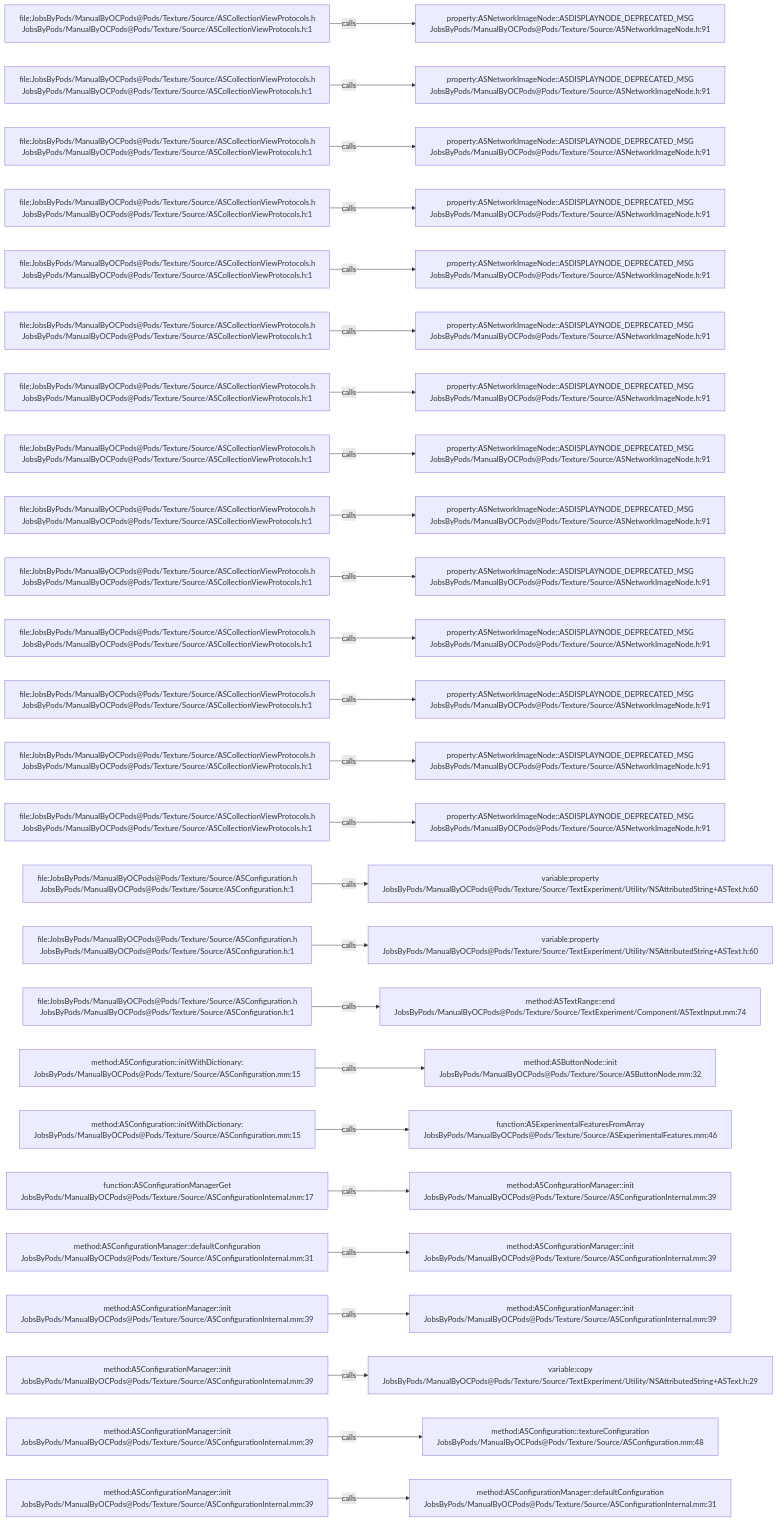
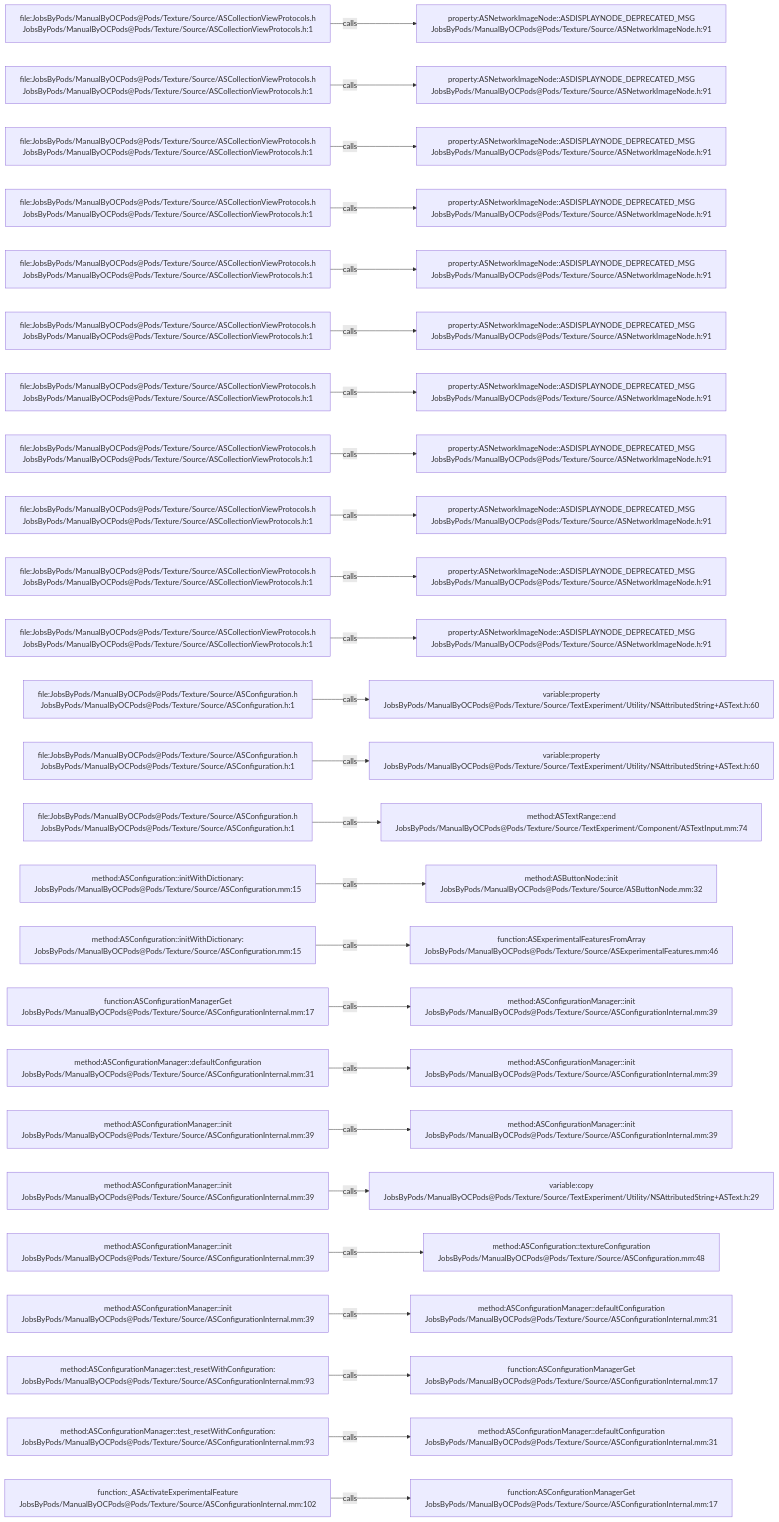
Before and after one commit to JobsKits/JobsOCBaseConfigDemo: the diagram in .codegraph/codegraph.md/graphs/calls-087.md, drawn with Mermaid. The commit also changed 342 other files, not shown here.

````diff
--- a/.codegraph/codegraph.md/graphs/calls-087.md
+++ b/.codegraph/codegraph.md/graphs/calls-087.md
@@ -13,78 +13,78 @@
 ```mermaid
 flowchart LR
   S1["file:JobsByPods/ManualByOCPods@Pods/Texture/Source/ASCollectionViewProtocols.h<br/>JobsByPods/ManualByOCPods@Pods/Texture/Source/ASCollectionViewProtocols.h:1"]
   T1["property:ASNetworkImageNode::ASDISPLAYNODE_DEPRECATED_MSG<br/>JobsByPods/ManualByOCPods@Pods/Texture/Source/ASNetworkImageNode.h:91"]
   S1 -->|calls| T1
   S2["file:JobsByPods/ManualByOCPods@Pods/Texture/Source/ASCollectionViewProtocols.h<br/>JobsByPods/ManualByOCPods@Pods/Texture/Source/ASCollectionViewProtocols.h:1"]
   T2["property:ASNetworkImageNode::ASDISPLAYNODE_DEPRECATED_MSG<br/>JobsByPods/ManualByOCPods@Pods/Texture/Source/ASNetworkImageNode.h:91"]
   S2 -->|calls| T2
   S3["file:JobsByPods/ManualByOCPods@Pods/Texture/Source/ASCollectionViewProtocols.h<br/>JobsByPods/ManualByOCPods@Pods/Texture/Source/ASCollectionViewProtocols.h:1"]
   T3["property:ASNetworkImageNode::ASDISPLAYNODE_DEPRECATED_MSG<br/>JobsByPods/ManualByOCPods@Pods/Texture/Source/ASNetworkImageNode.h:91"]
   S3 -->|calls| T3
   S4["file:JobsByPods/ManualByOCPods@Pods/Texture/Source/ASCollectionViewProtocols.h<br/>JobsByPods/ManualByOCPods@Pods/Texture/Source/ASCollectionViewProtocols.h:1"]
   T4["property:ASNetworkImageNode::ASDISPLAYNODE_DEPRECATED_MSG<br/>JobsByPods/ManualByOCPods@Pods/Texture/Source/ASNetworkImageNode.h:91"]
   S4 -->|calls| T4
   S5["file:JobsByPods/ManualByOCPods@Pods/Texture/Source/ASCollectionViewProtocols.h<br/>JobsByPods/ManualByOCPods@Pods/Texture/Source/ASCollectionViewProtocols.h:1"]
   T5["property:ASNetworkImageNode::ASDISPLAYNODE_DEPRECATED_MSG<br/>JobsByPods/ManualByOCPods@Pods/Texture/Source/ASNetworkImageNode.h:91"]
   S5 -->|calls| T5
   S6["file:JobsByPods/ManualByOCPods@Pods/Texture/Source/ASCollectionViewProtocols.h<br/>JobsByPods/ManualByOCPods@Pods/Texture/Source/ASCollectionViewProtocols.h:1"]
   T6["property:ASNetworkImageNode::ASDISPLAYNODE_DEPRECATED_MSG<br/>JobsByPods/ManualByOCPods@Pods/Texture/Source/ASNetworkImageNode.h:91"]
   S6 -->|calls| T6
   S7["file:JobsByPods/ManualByOCPods@Pods/Texture/Source/ASCollectionViewProtocols.h<br/>JobsByPods/ManualByOCPods@Pods/Texture/Source/ASCollectionViewProtocols.h:1"]
   T7["property:ASNetworkImageNode::ASDISPLAYNODE_DEPRECATED_MSG<br/>JobsByPods/ManualByOCPods@Pods/Texture/Source/ASNetworkImageNode.h:91"]
   S7 -->|calls| T7
   S8["file:JobsByPods/ManualByOCPods@Pods/Texture/Source/ASCollectionViewProtocols.h<br/>JobsByPods/ManualByOCPods@Pods/Texture/Source/ASCollectionViewProtocols.h:1"]
   T8["property:ASNetworkImageNode::ASDISPLAYNODE_DEPRECATED_MSG<br/>JobsByPods/ManualByOCPods@Pods/Texture/Source/ASNetworkImageNode.h:91"]
   S8 -->|calls| T8
   S9["file:JobsByPods/ManualByOCPods@Pods/Texture/Source/ASCollectionViewProtocols.h<br/>JobsByPods/ManualByOCPods@Pods/Texture/Source/ASCollectionViewProtocols.h:1"]
   T9["property:ASNetworkImageNode::ASDISPLAYNODE_DEPRECATED_MSG<br/>JobsByPods/ManualByOCPods@Pods/Texture/Source/ASNetworkImageNode.h:91"]
   S9 -->|calls| T9
   S10["file:JobsByPods/ManualByOCPods@Pods/Texture/Source/ASCollectionViewProtocols.h<br/>JobsByPods/ManualByOCPods@Pods/Texture/Source/ASCollectionViewProtocols.h:1"]
   T10["property:ASNetworkImageNode::ASDISPLAYNODE_DEPRECATED_MSG<br/>JobsByPods/ManualByOCPods@Pods/Texture/Source/ASNetworkImageNode.h:91"]
   S10 -->|calls| T10
   S11["file:JobsByPods/ManualByOCPods@Pods/Texture/Source/ASCollectionViewProtocols.h<br/>JobsByPods/ManualByOCPods@Pods/Texture/Source/ASCollectionViewProtocols.h:1"]
   T11["property:ASNetworkImageNode::ASDISPLAYNODE_DEPRECATED_MSG<br/>JobsByPods/ManualByOCPods@Pods/Texture/Source/ASNetworkImageNode.h:91"]
   S11 -->|calls| T11
-  S12["file:JobsByPods/ManualByOCPods@Pods/Texture/Source/ASCollectionViewProtocols.h<br/>JobsByPods/ManualByOCPods@Pods/Texture/Source/ASCollectionViewProtocols.h:1"]
-  T12["property:ASNetworkImageNode::ASDISPLAYNODE_DEPRECATED_MSG<br/>JobsByPods/ManualByOCPods@Pods/Texture/Source/ASNetworkImageNode.h:91"]
+  S12["file:JobsByPods/ManualByOCPods@Pods/Texture/Source/ASConfiguration.h<br/>JobsByPods/ManualByOCPods@Pods/Texture/Source/ASConfiguration.h:1"]
+  T12["variable:property<br/>JobsByPods/ManualByOCPods@Pods/Texture/Source/TextExperiment/Utility/NSAttributedString+ASText.h:60"]
   S12 -->|calls| T12
-  S13["file:JobsByPods/ManualByOCPods@Pods/Texture/Source/ASCollectionViewProtocols.h<br/>JobsByPods/ManualByOCPods@Pods/Texture/Source/ASCollectionViewProtocols.h:1"]
-  T13["property:ASNetworkImageNode::ASDISPLAYNODE_DEPRECATED_MSG<br/>JobsByPods/ManualByOCPods@Pods/Texture/Source/ASNetworkImageNode.h:91"]
+  S13["file:JobsByPods/ManualByOCPods@Pods/Texture/Source/ASConfiguration.h<br/>JobsByPods/ManualByOCPods@Pods/Texture/Source/ASConfiguration.h:1"]
+  T13["variable:property<br/>JobsByPods/ManualByOCPods@Pods/Texture/Source/TextExperiment/Utility/NSAttributedString+ASText.h:60"]
   S13 -->|calls| T13
-  S14["file:JobsByPods/ManualByOCPods@Pods/Texture/Source/ASCollectionViewProtocols.h<br/>JobsByPods/ManualByOCPods@Pods/Texture/Source/ASCollectionViewProtocols.h:1"]
-  T14["property:ASNetworkImageNode::ASDISPLAYNODE_DEPRECATED_MSG<br/>JobsByPods/ManualByOCPods@Pods/Texture/Source/ASNetworkImageNode.h:91"]
+  S14["file:JobsByPods/ManualByOCPods@Pods/Texture/Source/ASConfiguration.h<br/>JobsByPods/ManualByOCPods@Pods/Texture/Source/ASConfiguration.h:1"]
+  T14["method:ASTextRange::end<br/>JobsByPods/ManualByOCPods@Pods/Texture/Source/TextExperiment/Component/ASTextInput.mm:74"]
   S14 -->|calls| T14
-  S15["file:JobsByPods/ManualByOCPods@Pods/Texture/Source/ASConfiguration.h<br/>JobsByPods/ManualByOCPods@Pods/Texture/Source/ASConfiguration.h:1"]
-  T15["variable:property<br/>JobsByPods/ManualByOCPods@Pods/Texture/Source/TextExperiment/Utility/NSAttributedString+ASText.h:60"]
+  S15["method:ASConfiguration::initWithDictionary:<br/>JobsByPods/ManualByOCPods@Pods/Texture/Source/ASConfiguration.mm:15"]
+  T15["method:ASButtonNode::init<br/>JobsByPods/ManualByOCPods@Pods/Texture/Source/ASButtonNode.mm:32"]
   S15 -->|calls| T15
-  S16["file:JobsByPods/ManualByOCPods@Pods/Texture/Source/ASConfiguration.h<br/>JobsByPods/ManualByOCPods@Pods/Texture/Source/ASConfiguration.h:1"]
-  T16["variable:property<br/>JobsByPods/ManualByOCPods@Pods/Texture/Source/TextExperiment/Utility/NSAttributedString+ASText.h:60"]
+  S16["method:ASConfiguration::initWithDictionary:<br/>JobsByPods/ManualByOCPods@Pods/Texture/Source/ASConfiguration.mm:15"]
+  T16["function:ASExperimentalFeaturesFromArray<br/>JobsByPods/ManualByOCPods@Pods/Texture/Source/ASExperimentalFeatures.mm:46"]
   S16 -->|calls| T16
-  S17["file:JobsByPods/ManualByOCPods@Pods/Texture/Source/ASConfiguration.h<br/>JobsByPods/ManualByOCPods@Pods/Texture/Source/ASConfiguration.h:1"]
-  T17["method:ASTextRange::end<br/>JobsByPods/ManualByOCPods@Pods/Texture/Source/TextExperiment/Component/ASTextInput.mm:74"]
+  S17["function:ASConfigurationManagerGet<br/>JobsByPods/ManualByOCPods@Pods/Texture/Source/ASConfigurationInternal.mm:17"]
+  T17["method:ASConfigurationManager::init<br/>JobsByPods/ManualByOCPods@Pods/Texture/Source/ASConfigurationInternal.mm:39"]
   S17 -->|calls| T17
-  S18["method:ASConfiguration::initWithDictionary:<br/>JobsByPods/ManualByOCPods@Pods/Texture/Source/ASConfiguration.mm:15"]
-  T18["method:ASButtonNode::init<br/>JobsByPods/ManualByOCPods@Pods/Texture/Source/ASButtonNode.mm:32"]
+  S18["method:ASConfigurationManager::defaultConfiguration<br/>JobsByPods/ManualByOCPods@Pods/Texture/Source/ASConfigurationInternal.mm:31"]
+  T18["method:ASConfigurationManager::init<br/>JobsByPods/ManualByOCPods@Pods/Texture/Source/ASConfigurationInternal.mm:39"]
   S18 -->|calls| T18
-  S19["method:ASConfiguration::initWithDictionary:<br/>JobsByPods/ManualByOCPods@Pods/Texture/Source/ASConfiguration.mm:15"]
-  T19["function:ASExperimentalFeaturesFromArray<br/>JobsByPods/ManualByOCPods@Pods/Texture/Source/ASExperimentalFeatures.mm:46"]
+  S19["method:ASConfigurationManager::init<br/>JobsByPods/ManualByOCPods@Pods/Texture/Source/ASConfigurationInternal.mm:39"]
+  T19["method:ASConfigurationManager::init<br/>JobsByPods/ManualByOCPods@Pods/Texture/Source/ASConfigurationInternal.mm:39"]
   S19 -->|calls| T19
-  S20["function:ASConfigurationManagerGet<br/>JobsByPods/ManualByOCPods@Pods/Texture/Source/ASConfigurationInternal.mm:17"]
-  T20["method:ASConfigurationManager::init<br/>JobsByPods/ManualByOCPods@Pods/Texture/Source/ASConfigurationInternal.mm:39"]
+  S20["method:ASConfigurationManager::init<br/>JobsByPods/ManualByOCPods@Pods/Texture/Source/ASConfigurationInternal.mm:39"]
+  T20["variable:copy<br/>JobsByPods/ManualByOCPods@Pods/Texture/Source/TextExperiment/Utility/NSAttributedString+ASText.h:29"]
   S20 -->|calls| T20
-  S21["method:ASConfigurationManager::defaultConfiguration<br/>JobsByPods/ManualByOCPods@Pods/Texture/Source/ASConfigurationInternal.mm:31"]
-  T21["method:ASConfigurationManager::init<br/>JobsByPods/ManualByOCPods@Pods/Texture/Source/ASConfigurationInternal.mm:39"]
+  S21["method:ASConfigurationManager::init<br/>JobsByPods/ManualByOCPods@Pods/Texture/Source/ASConfigurationInternal.mm:39"]
+  T21["method:ASConfiguration::textureConfiguration<br/>JobsByPods/ManualByOCPods@Pods/Texture/Source/ASConfiguration.mm:48"]
   S21 -->|calls| T21
   S22["method:ASConfigurationManager::init<br/>JobsByPods/ManualByOCPods@Pods/Texture/Source/ASConfigurationInternal.mm:39"]
-  T22["method:ASConfigurationManager::init<br/>JobsByPods/ManualByOCPods@Pods/Texture/Source/ASConfigurationInternal.mm:39"]
+  T22["method:ASConfigurationManager::defaultConfiguration<br/>JobsByPods/ManualByOCPods@Pods/Texture/Source/ASConfigurationInternal.mm:31"]
   S22 -->|calls| T22
-  S23["method:ASConfigurationManager::init<br/>JobsByPods/ManualByOCPods@Pods/Texture/Source/ASConfigurationInternal.mm:39"]
-  T23["variable:copy<br/>JobsByPods/ManualByOCPods@Pods/Texture/Source/TextExperiment/Utility/NSAttributedString+ASText.h:29"]
+  S23["method:ASConfigurationManager::test_resetWithConfiguration:<br/>JobsByPods/ManualByOCPods@Pods/Texture/Source/ASConfigurationInternal.mm:93"]
+  T23["function:ASConfigurationManagerGet<br/>JobsByPods/ManualByOCPods@Pods/Texture/Source/ASConfigurationInternal.mm:17"]
   S23 -->|calls| T23
-  S24["method:ASConfigurationManager::init<br/>JobsByPods/ManualByOCPods@Pods/Texture/Source/ASConfigurationInternal.mm:39"]
-  T24["method:ASConfiguration::textureConfiguration<br/>JobsByPods/ManualByOCPods@Pods/Texture/Source/ASConfiguration.mm:48"]
+  S24["method:ASConfigurationManager::test_resetWithConfiguration:<br/>JobsByPods/ManualByOCPods@Pods/Texture/Source/ASConfigurationInternal.mm:93"]
+  T24["method:ASConfigurationManager::defaultConfiguration<br/>JobsByPods/ManualByOCPods@Pods/Texture/Source/ASConfigurationInternal.mm:31"]
   S24 -->|calls| T24
-  S25["method:ASConfigurationManager::init<br/>JobsByPods/ManualByOCPods@Pods/Texture/Source/ASConfigurationInternal.mm:39"]
-  T25["method:ASConfigurationManager::defaultConfiguration<br/>JobsByPods/ManualByOCPods@Pods/Texture/Source/ASConfigurationInternal.mm:31"]
+  S25["function:_ASActivateExperimentalFeature<br/>JobsByPods/ManualByOCPods@Pods/Texture/Source/ASConfigurationInternal.mm:102"]
+  T25["function:ASConfigurationManagerGet<br/>JobsByPods/ManualByOCPods@Pods/Texture/Source/ASConfigurationInternal.mm:17"]
   S25 -->|calls| T25
 ```
````
